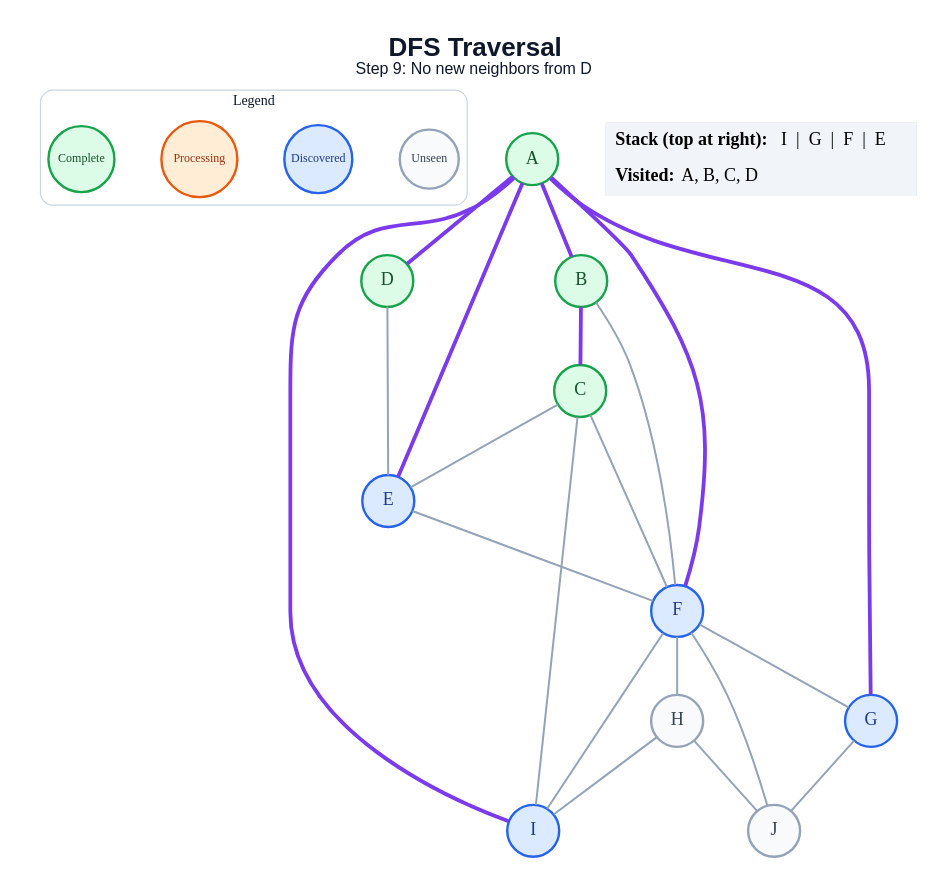
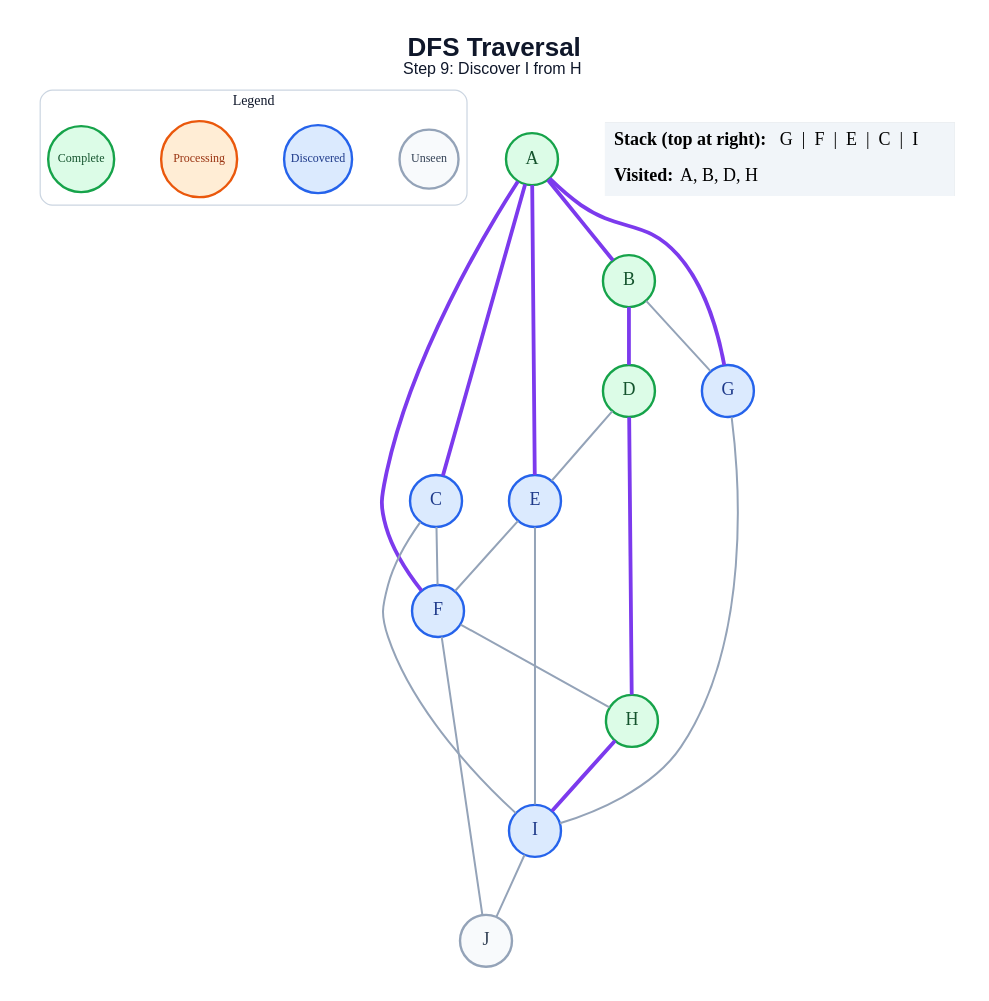
One commit to amanghodawala9/ai-slop changed the diagram in generated/dfs/step_09.dot. Above: the diagram before and after it, drawn with Graphviz. The commit also changed 178 other files, not shown here.

```diff
--- a/generated/dfs/step_09.dot
+++ b/generated/dfs/step_09.dot
@@ -1,49 +1,47 @@
 graph traversal {
   graph [layout=dot, rankdir=TB, bgcolor="#FFFFFF", pad="0.35", nodesep="0.65", ranksep="0.8", fontname="Arial"];
   node [shape=circle, style="filled", fontname="Arial Bold", fontsize=18, width=0.72, fixedsize=true, penwidth=2.4];
   edge [color="#94A3B8", penwidth=2.0];
-  label=<<B>DFS Traversal</B><BR/><FONT POINT-SIZE="16">Step 9: No new neighbors from D</FONT>>; labelloc="t"; fontsize=26; fontname="Arial"; fontcolor="#0F172A";
+  label=<<B>DFS Traversal</B><BR/><FONT POINT-SIZE="16">Step 9: Discover I from H</FONT>>; labelloc="t"; fontsize=26; fontname="Arial"; fontcolor="#0F172A";
   subgraph cluster_legend { label="Legend"; color="#CBD5E1"; penwidth=1.2; style="rounded"; fontsize=14; fontname="Arial Bold";
     key_unseen [label="Unseen", fillcolor="#F8FAFC", color="#94A3B8", fontcolor="#334155", fontsize=12, width=0.82];
     key_frontier [label="Discovered", fillcolor="#DBEAFE", color="#2563EB", fontcolor="#1E3A8A", fontsize=12, width=0.95];
     key_current [label="Processing", fillcolor="#FFEDD5", color="#EA580C", fontcolor="#9A3412", fontsize=12, width=1.05];
     key_done [label="Complete", fillcolor="#DCFCE7", color="#16A34A", fontcolor="#14532D", fontsize=12, width=0.92];
     { rank=same; key_unseen; key_frontier; key_current; key_done; }
   }
   A [fillcolor="#DCFCE7", color="#16A34A", fontcolor="#14532D"];
   B [fillcolor="#DCFCE7", color="#16A34A", fontcolor="#14532D"];
-  C [fillcolor="#DCFCE7", color="#16A34A", fontcolor="#14532D"];
+  C [fillcolor="#DBEAFE", color="#2563EB", fontcolor="#1E3A8A"];
   D [fillcolor="#DCFCE7", color="#16A34A", fontcolor="#14532D"];
   E [fillcolor="#DBEAFE", color="#2563EB", fontcolor="#1E3A8A"];
   F [fillcolor="#DBEAFE", color="#2563EB", fontcolor="#1E3A8A"];
   G [fillcolor="#DBEAFE", color="#2563EB", fontcolor="#1E3A8A"];
-  H [fillcolor="#F8FAFC", color="#94A3B8", fontcolor="#334155"];
+  H [fillcolor="#DCFCE7", color="#16A34A", fontcolor="#14532D"];
   I [fillcolor="#DBEAFE", color="#2563EB", fontcolor="#1E3A8A"];
   J [fillcolor="#F8FAFC", color="#94A3B8", fontcolor="#334155"];
   A -- B [color="#7C3AED", penwidth=3.8];
-  A -- D [color="#7C3AED", penwidth=3.8];
+  A -- C [color="#7C3AED", penwidth=3.8];
   A -- E [color="#7C3AED", penwidth=3.8];
   A -- F [color="#7C3AED", penwidth=3.8];
   A -- G [color="#7C3AED", penwidth=3.8];
-  A -- I [color="#7C3AED", penwidth=3.8];
-  B -- C [color="#7C3AED", penwidth=3.8];
-  B -- F;
-  C -- E;
+  B -- D [color="#7C3AED", penwidth=3.8];
+  B -- G;
   C -- F;
   C -- I;
   D -- E;
+  D -- H [color="#7C3AED", penwidth=3.8];
   E -- F;
-  F -- G;
+  E -- I;
   F -- H;
-  F -- I;
   F -- J;
-  G -- J;
-  H -- I;
-  H -- J;
+  G -- I;
+  H -- I [color="#7C3AED", penwidth=3.8];
+  I -- J;
   status [shape=plain, fixedsize=false, width=0, height=0, margin=0, label=<
     <TABLE BORDER="0" CELLBORDER="0" CELLPADDING="7" BGCOLOR="#F1F5F9">
-      <TR><TD ALIGN="LEFT"><B>Stack (top at right):</B> I  |  G  |  F  |  E</TD></TR>
-      <TR><TD ALIGN="LEFT"><B>Visited:</B> A, B, C, D</TD></TR>
+      <TR><TD ALIGN="LEFT"><B>Stack (top at right):</B> G  |  F  |  E  |  C  |  I</TD></TR>
+      <TR><TD ALIGN="LEFT"><B>Visited:</B> A, B, D, H</TD></TR>
     </TABLE>
   >];
 }
```
